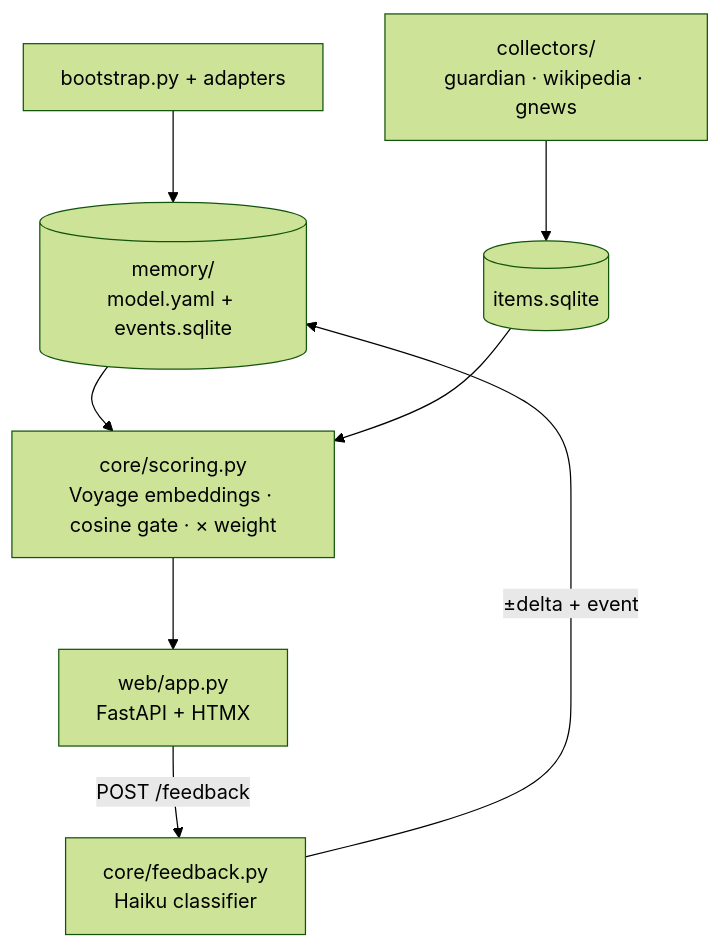
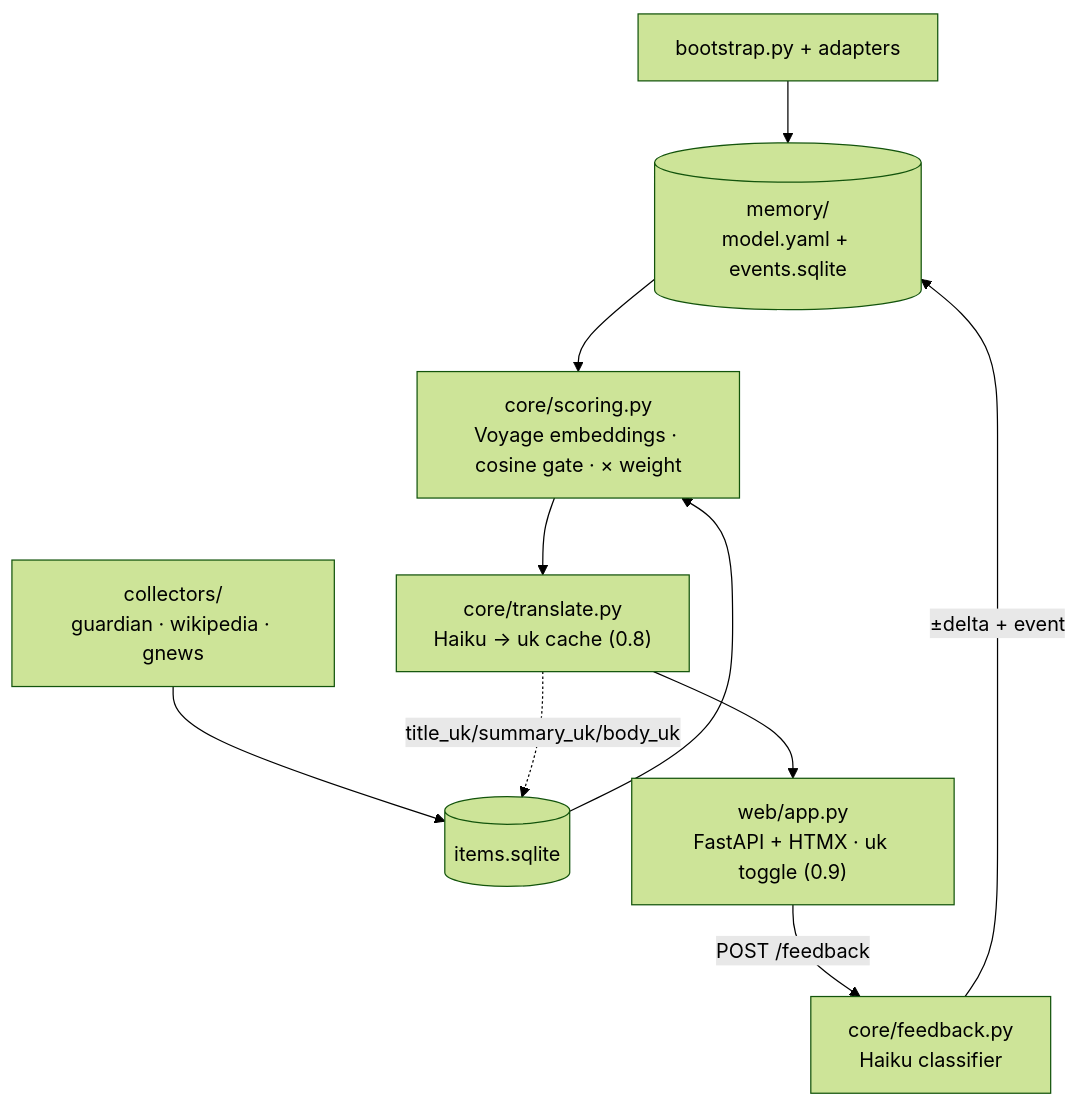
Before and after one commit to ichMaster/srotas: the diagram in spec/ARCHITECTURE.md, drawn with Mermaid (forest theme). The commit also changed other lines of this file and 3 other files, not shown here.

````diff
--- a/spec/ARCHITECTURE.md
+++ b/spec/ARCHITECTURE.md
@@ -10,10 +10,12 @@
 ```mermaid
 flowchart TD
     BS["bootstrap.py + adapters"] --> M[("memory/<br/>model.yaml + events.sqlite")]
     C["collectors/<br/>guardian · wikipedia · gnews"] --> IS[("items.sqlite")]
     M --> SC["core/scoring.py<br/>Voyage embeddings · cosine gate · × weight"]
     IS --> SC
-    SC --> F["web/app.py<br/>FastAPI + HTMX"]
+    SC --> TR["core/translate.py<br/>Haiku → uk cache (0.8)"]
+    TR -. "title_uk/summary_uk/body_uk" .-> IS
+    TR --> F["web/app.py<br/>FastAPI + HTMX · uk toggle (0.9)"]
     F -- "POST /feedback" --> CL["core/feedback.py<br/>Haiku classifier"]
     CL -- "±delta + event" --> M
 ```
````
